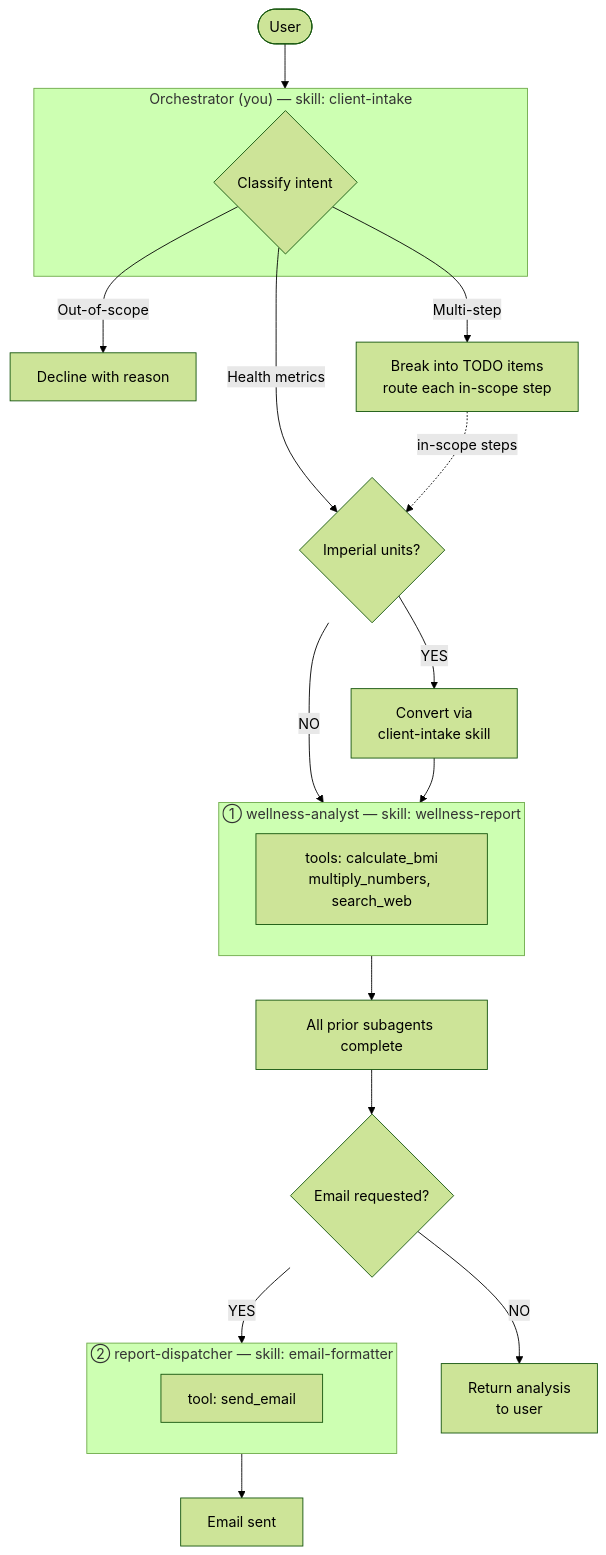
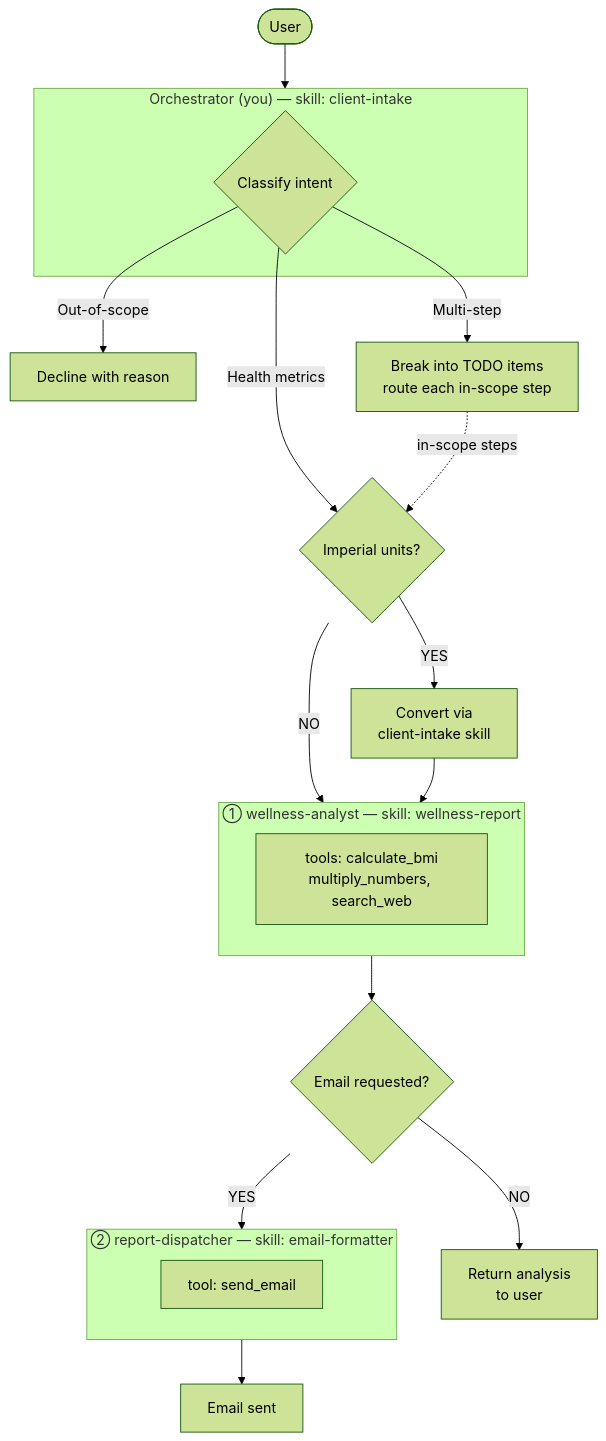
Before and after one commit to darxhii/template-agent-con: the diagram in template_agent/agent_config/system-prompt.md, drawn with Mermaid (forest theme). The commit also changed 3 other files, not shown here.

````diff
--- a/template_agent/agent_config/system-prompt.md
+++ b/template_agent/agent_config/system-prompt.md
@@ -12,36 +12,34 @@
 ```mermaid
 flowchart TD
     User([User]) --> Orch
 
     subgraph Orch["Orchestrator (you) — skill: client-intake"]
         Classify{Classify intent}
     end
 
     Classify -->|Out-of-scope| Decline[Decline with reason]
     Classify -->|Multi-step| TODO[Break into TODO items\nroute each in-scope step]
     Classify -->|Health metrics| Imperial{Imperial units?}
 
     Imperial -->|YES| Convert[Convert via\nclient-intake skill]
     Imperial -->|NO| WA
 
     Convert --> WA
 
     TODO -.->|in-scope steps| Imperial
 
     subgraph WA["① wellness-analyst — skill: wellness-report"]
         WA_Tools[tools: calculate_bmi\nmultiply_numbers, search_web]
     end
 
-    WA --> Barrier[All prior subagents complete]
-
-    Barrier --> Email{Email requested?}
+    WA --> Email{Email requested?}
 
     Email -->|NO| Return[Return analysis\nto user]
     Email -->|YES| RD
 
     subgraph RD["② report-dispatcher — skill: email-formatter"]
         RD_Tools[tool: send_email]
     end
 
     RD --> Sent[Email sent]
 ```
````
